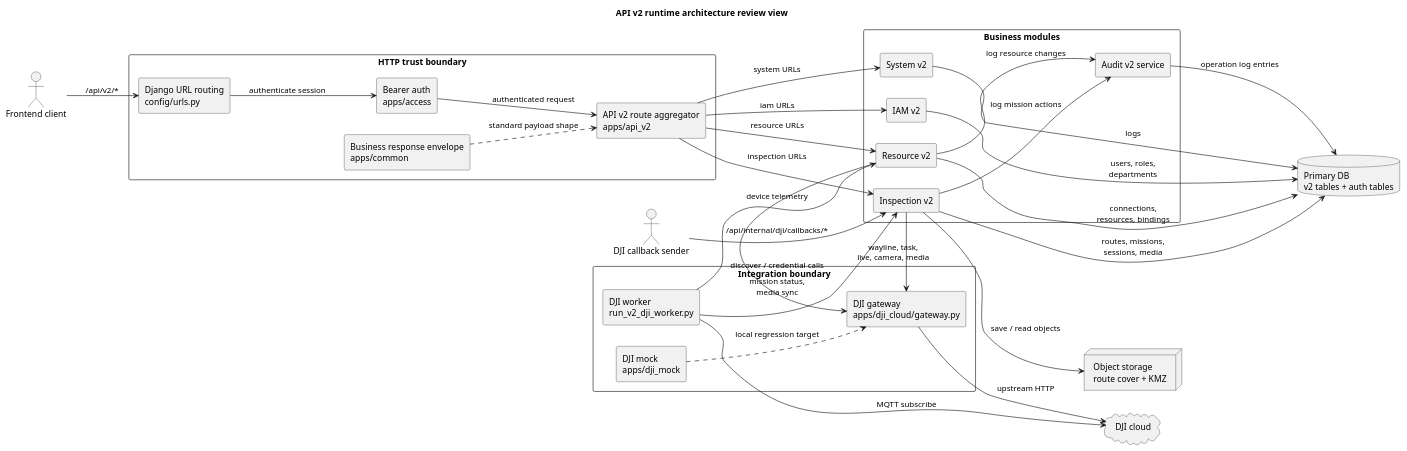
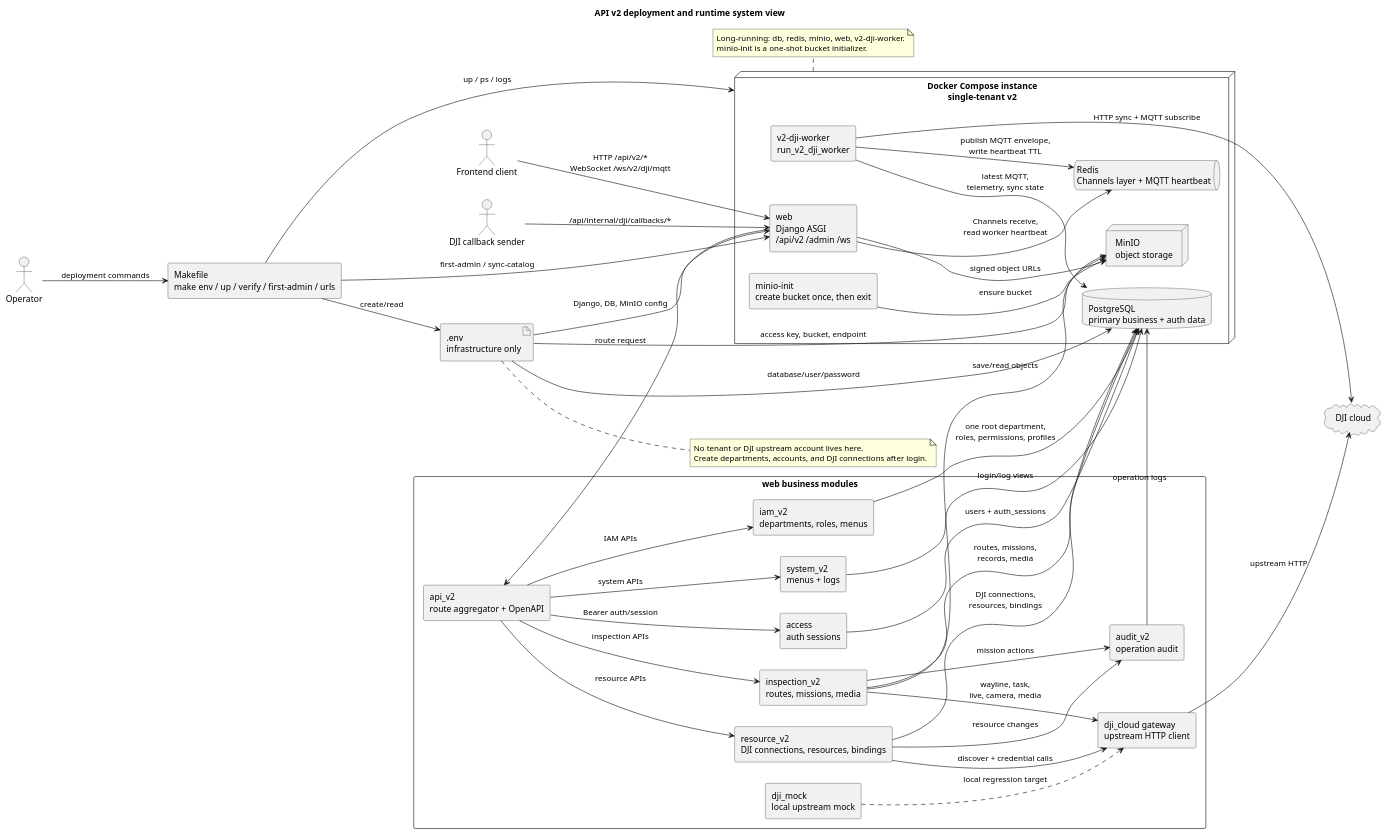
The diagram in plantumls/engineering_review/runtime_architecture_review.puml (zyx-lab/dikong-tech-design), drawn with PlantUML before and after one commit.

Commit message:
docs: update deployment runtime diagram

```diff
--- a/plantumls/engineering_review/runtime_architecture_review.puml
+++ b/plantumls/engineering_review/runtime_architecture_review.puml
@@ -1,62 +1,87 @@
 @startuml runtime_architecture_review
-title API v2 runtime architecture review view
+title API v2 deployment and runtime system view
 left to right direction
 skinparam componentStyle rectangle
 
+actor "Operator" as Operator
 actor "Frontend client" as Frontend
 actor "DJI callback sender" as DjiCallback
+cloud "DJI cloud" as DJI
 
-rectangle "HTTP trust boundary" {
-  component "Django URL routing\nconfig/urls.py" as Urls
-  component "Bearer auth\napps/access" as Auth
-  component "Business response envelope\napps/common" as Common
-  component "API v2 route aggregator\napps/api_v2" as ApiV2
+artifact ".env\ninfrastructure only" as Env
+component "Makefile\nmake env / up / verify / first-admin / urls" as Makefile
+
+node "Docker Compose instance\nsingle-tenant v2" as Compose {
+  database "PostgreSQL\nprimary business + auth data" as DB
+  queue "Redis\nChannels layer + MQTT heartbeat" as Redis
+  node "MinIO\nobject storage" as Storage
+  component "minio-init\ncreate bucket once, then exit" as MinioInit
+  component "web\nDjango ASGI\n/api/v2 /admin /ws" as Web
+  component "v2-dji-worker\nrun_v2_dji_worker" as Worker
 }
 
-rectangle "Business modules" {
-  component "IAM v2" as IAM
-  component "Resource v2" as Resource
-  component "Inspection v2" as Inspection
-  component "System v2" as SystemV2
-  component "Audit v2 service" as Audit
+rectangle "web business modules" {
+  component "access\nauth sessions" as Access
+  component "api_v2\nroute aggregator + OpenAPI" as ApiV2
+  component "iam_v2\ndepartments, roles, menus" as IAM
+  component "resource_v2\nDJI connections, resources, bindings" as Resource
+  component "inspection_v2\nroutes, missions, media" as Inspection
+  component "system_v2\nmenus + logs" as SystemV2
+  component "audit_v2\noperation audit" as Audit
+  component "dji_cloud gateway\nupstream HTTP client" as DjiGateway
+  component "dji_mock\nlocal upstream mock" as DjiMock
 }
 
-rectangle "Integration boundary" {
-  component "DJI gateway\napps/dji_cloud/gateway.py" as DjiGateway
-  component "DJI worker\nrun_v2_dji_worker.py" as Worker
-  component "DJI mock\napps/dji_mock" as DjiMock
-}
+Operator --> Makefile : deployment commands
+Makefile --> Env : create/read
+Makefile --> Compose : up / ps / logs
+Makefile --> Web : first-admin / sync-catalog
 
-database "Primary DB\nv2 tables + auth tables" as DB
-node "Object storage\nroute cover + KMZ" as Storage
-cloud "DJI cloud" as DJI
+Env --> Web : Django, DB, MinIO config
+Env --> DB : database/user/password
+Env --> Storage : access key, bucket, endpoint
 
-Frontend --> Urls : /api/v2/*
-Urls --> Auth : authenticate session
-Auth --> ApiV2 : authenticated request
-ApiV2 --> IAM : iam URLs
-ApiV2 --> Resource : resource URLs
-ApiV2 --> Inspection : inspection URLs
-ApiV2 --> SystemV2 : system URLs
+Frontend --> Web : HTTP /api/v2/*\nWebSocket /ws/v2/dji/mqtt
+DjiCallback --> Web : /api/internal/dji/callbacks/*
 
-IAM --> DB : users, roles,\ndepartments
-Resource --> DB : connections,\nresources, bindings
-Inspection --> DB : routes, missions,\nsessions, media
-SystemV2 --> DB : logs
-Audit --> DB : operation log entries
+Web --> ApiV2 : route request
+ApiV2 --> Access : Bearer auth/session
+ApiV2 --> IAM : IAM APIs
+ApiV2 --> Resource : resource APIs
+ApiV2 --> Inspection : inspection APIs
+ApiV2 --> SystemV2 : system APIs
 
-Resource --> Audit : log resource changes
-Inspection --> Audit : log mission actions
-Resource --> DjiGateway : discover / credential calls
+Access --> DB : users + auth_sessions
+IAM --> DB : one root department,\nroles, permissions, profiles
+Resource --> DB : DJI connections,\nresources, bindings
+Inspection --> DB : routes, missions,\nrecords, media
+SystemV2 --> DB : login/log views
+Audit --> DB : operation logs
+
+Resource --> Audit : resource changes
+Inspection --> Audit : mission actions
+Resource --> DjiGateway : discover + credential calls
 Inspection --> DjiGateway : wayline, task,\nlive, camera, media
 DjiGateway --> DJI : upstream HTTP
-Worker --> DJI : MQTT subscribe
-Worker --> Resource : device telemetry
-Worker --> Inspection : mission status,\nmedia sync
-DjiCallback --> Inspection : /api/internal/dji/callbacks/*
-Inspection --> Storage : save / read objects
 DjiMock ..> DjiGateway : local regression target
 
-Common ..> ApiV2 : standard payload shape
+Web --> Redis : Channels receive,\nread worker heartbeat
+Worker --> Redis : publish MQTT envelope,\nwrite heartbeat TTL
+Worker --> DB : latest MQTT,\ntelemetry, sync state
+Worker --> DJI : HTTP sync + MQTT subscribe
+
+Web --> Storage : signed object URLs
+Inspection --> Storage : save/read objects
+MinioInit --> Storage : ensure bucket
+
+note right of Env
+No tenant or DJI upstream account lives here.
+Create departments, accounts, and DJI connections after login.
+end note
+
+note bottom of Compose
+Long-running: db, redis, minio, web, v2-dji-worker.
+minio-init is a one-shot bucket initializer.
+end note
 
 @enduml
```
